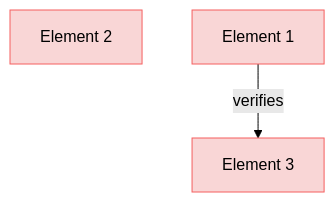
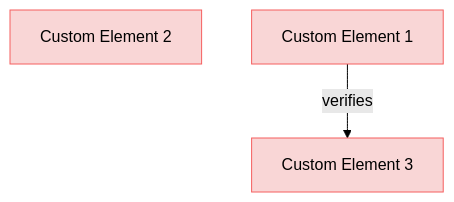
The first of 5 diagrams in tests/test-diagram-generation/specifications/Requirements-with-custom-mermaid.md (reqvire-org/reqvire), drawn with Mermaid (forest theme) before and after one commit. The commit also changed other lines of this file and 28 other files, not shown here.

````diff
--- a/tests/test-diagram-generation/specifications/Requirements-with-custom-mermaid.md
+++ b/tests/test-diagram-generation/specifications/Requirements-with-custom-mermaid.md
@@ -18,19 +18,19 @@
 ```mermaid
 graph TD;
   %% Graph styling
   classDef requirement fill:#f9d6d6,stroke:#f55f5f,stroke-width:1px;
   classDef verification fill:#d6f9d6,stroke:#5fd75f,stroke-width:1px;
   classDef externalLink fill:#d0e0ff,stroke:#3080ff,stroke-width:1px;
   classDef default fill:#f5f5f5,stroke:#333333,stroke-width:1px;
 
-  d94b2c1859["Element 2"];
-  click d94b2c1859 "Requirements-with-custom-mermaid.md#element-2";
+  d94b2c1859["Custom Element 2"];
+  click d94b2c1859 "Requirements-with-custom-mermaid.md#custom-element-2";
   class d94b2c1859 requirement;
-  2ac7edcf81["Element 1"];
-  click 2ac7edcf81 "Requirements-with-custom-mermaid.md#element-1";
+  2ac7edcf81["Custom Element 1"];
+  click 2ac7edcf81 "Requirements-with-custom-mermaid.md#custom-element-1";
   class 2ac7edcf81 requirement;
-  87ce6a6132["Element 3"];
+  87ce6a6132["Custom Element 3"];
   class 87ce6a6132 requirement;
-  click 87ce6a6132 "Requirements-with-custom-mermaid.md#element-3";
+  click 87ce6a6132 "Requirements-with-custom-mermaid.md#custom-element-3";
   2ac7edcf81 -->|verifies| 87ce6a6132;
 ```
````
